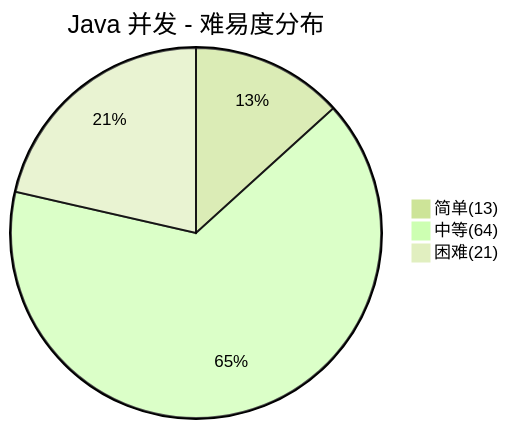
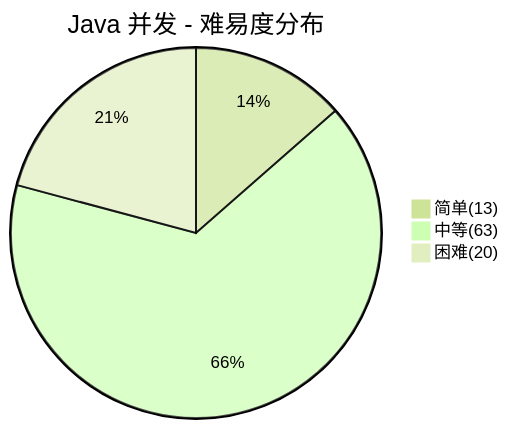
The third of 4 diagrams in docs/99.面试/JavaCore面试.md (dunwu/waterdrop), drawn with Mermaid (forest theme) before and after one commit. The commit also changed other lines of this file and 50 other files, not shown here.

````diff
--- a/docs/99.面试/JavaCore面试.md
+++ b/docs/99.面试/JavaCore面试.md
@@ -242,6 +241,6 @@
 ```mermaid
 pie title Java 并发 - 难易度分布
     "简单(13)" : 13
-    "中等(64)" : 64
-    "困难(21)" : 21
+    "中等(63)" : 63
+    "困难(20)" : 20
 ```
````
